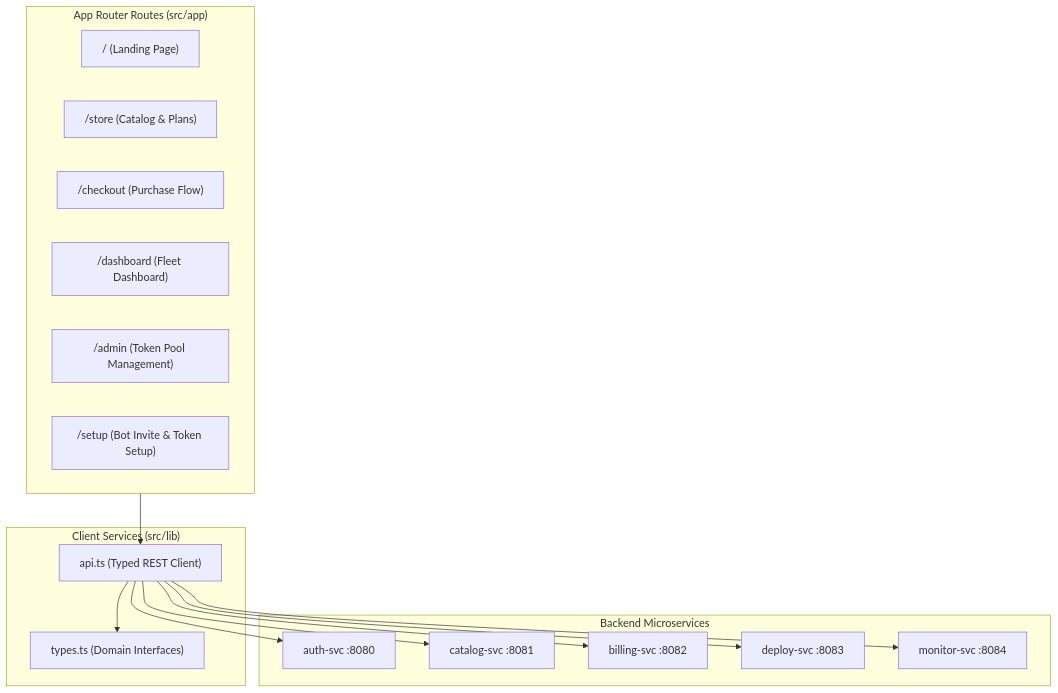
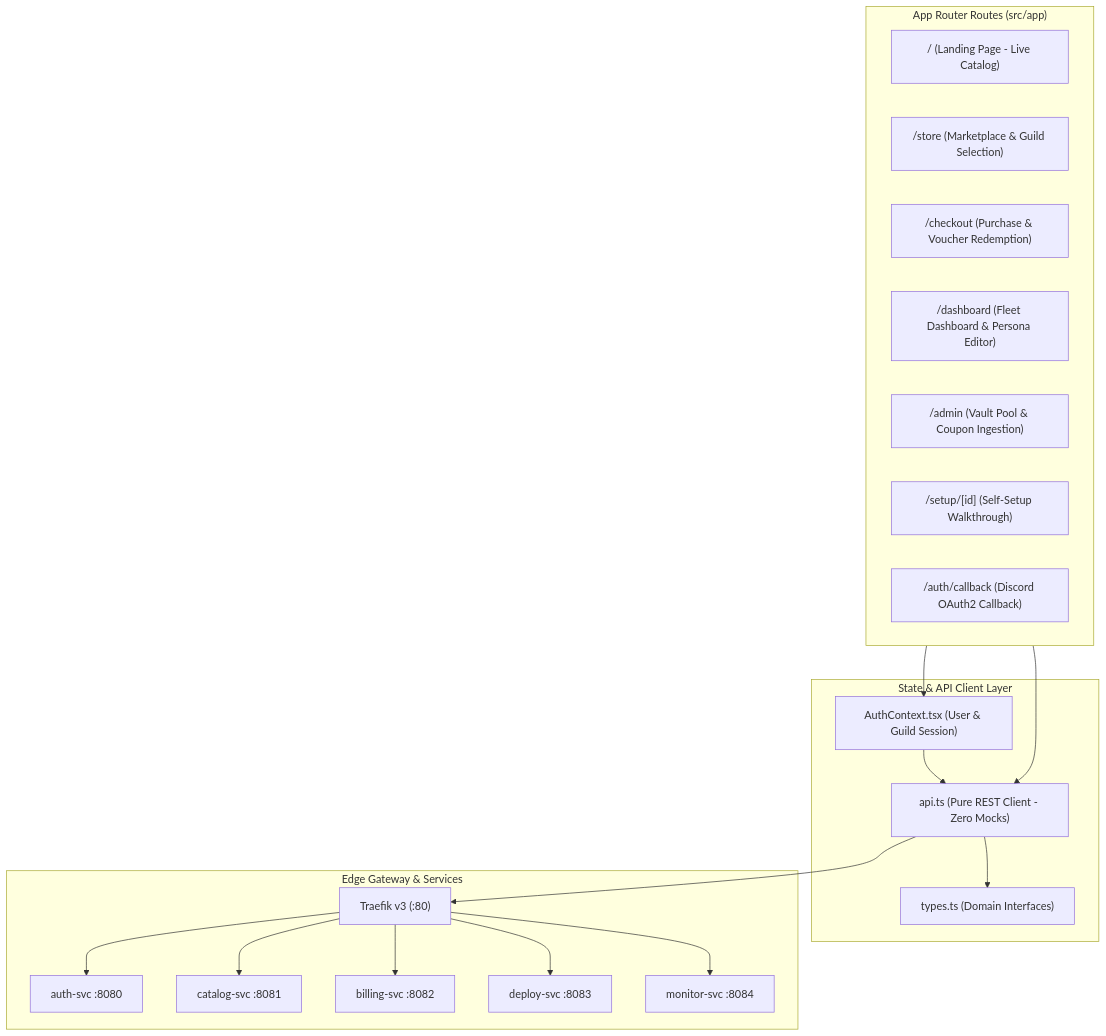
Before and after one commit to Abdo30004/discord-subscriptions: the diagram in docs/FRONTEND.md, drawn with Mermaid. The commit also changed other lines of this file, not shown here.

Commit message:
docs(frontend): update architecture and route documentation for real api and auth flow

````diff
--- a/docs/FRONTEND.md
+++ b/docs/FRONTEND.md
@@ -16,28 +16,34 @@
 ```mermaid
 flowchart TD
     subgraph Routes ["App Router Routes (src/app)"]
-        Landing["/ (Landing Page)"]
-        Store["/store (Catalog & Plans)"]
-        Checkout["/checkout (Purchase Flow)"]
-        Dashboard["/dashboard (Fleet Dashboard)"]
-        Admin["/admin (Token Pool Management)"]
-        Setup["/setup (Bot Invite & Token Setup)"]
+        Landing["/ (Landing Page - Live Catalog)"]
+        Store["/store (Marketplace & Guild Selection)"]
+        Checkout["/checkout (Purchase & Voucher Redemption)"]
+        Dashboard["/dashboard (Fleet Dashboard & Persona Editor)"]
+        Admin["/admin (Vault Pool & Coupon Ingestion)"]
+        Setup["/setup/[id] (Self-Setup Walkthrough)"]
+        Callback["/auth/callback (Discord OAuth2 Callback)"]
     end
 
-    subgraph ClientLib ["Client Services (src/lib)"]
-        API["api.ts (Typed REST Client)"]
+    subgraph StateAndClient ["State & API Client Layer"]
+        AuthCtx["AuthContext.tsx (User & Guild Session)"]
+        API["api.ts (Pure REST Client - Zero Mocks)"]
         Types["types.ts (Domain Interfaces)"]
     end
 
-    subgraph Microservices ["Backend Microservices"]
+    subgraph Gateway ["Edge Gateway & Services"]
+        Traefik["Traefik v3 (:80)"]
         Auth["auth-svc :8080"]
         Catalog["catalog-svc :8081"]
         Billing["billing-svc :8082"]
         Deploy["deploy-svc :8083"]
         Monitor["monitor-svc :8084"]
     end
 
+    Routes --> AuthCtx
+    AuthCtx --> API
     Routes --> API
     API --> Types
-    API --> Auth & Catalog & Billing & Deploy & Monitor
+    API --> Traefik
+    Traefik --> Auth & Catalog & Billing & Deploy & Monitor
 ```
````
